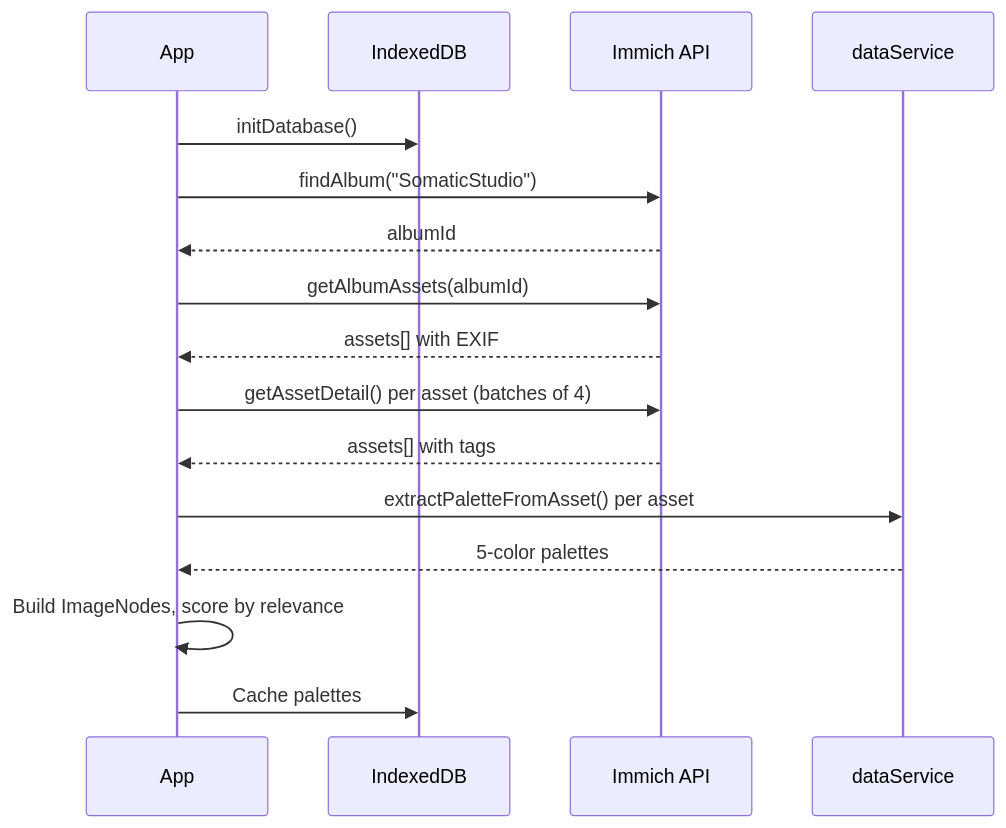
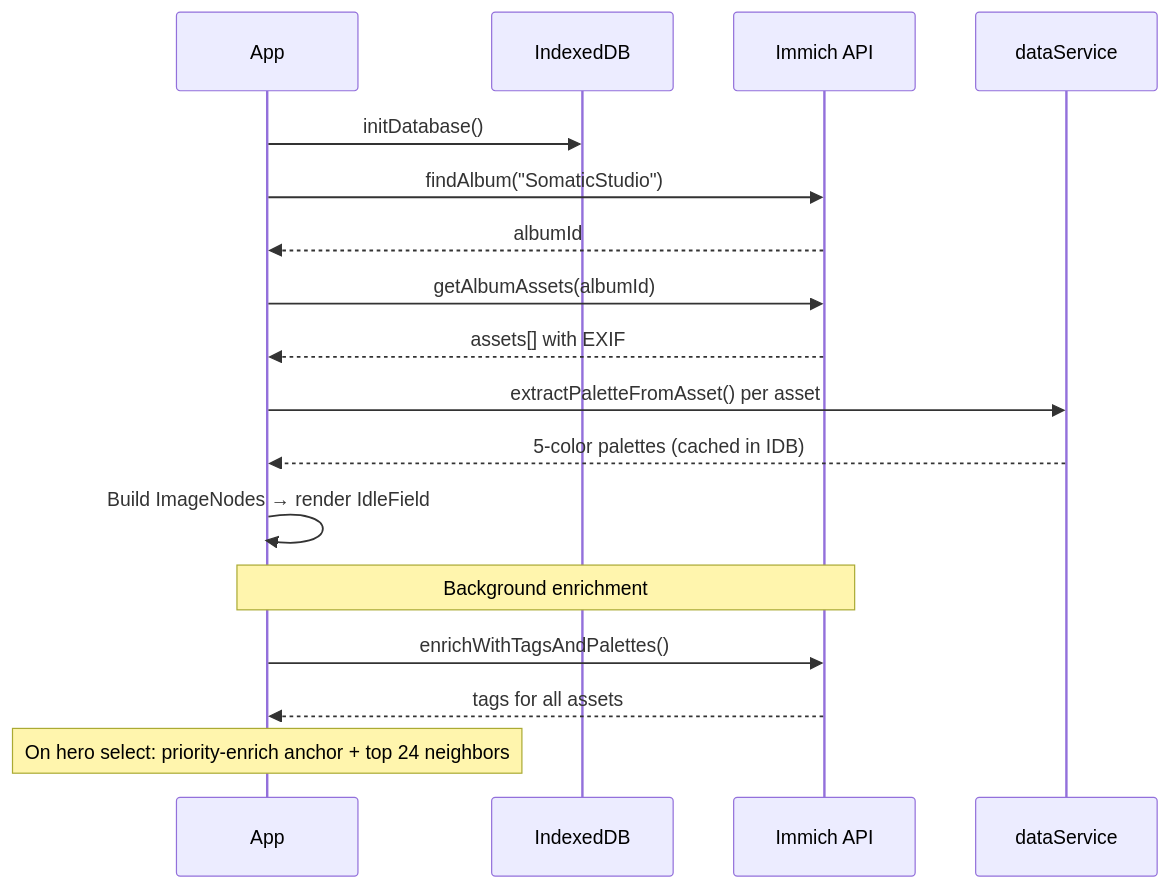
One commit to Ezalis/Somatic-Studio changed the diagram in README.md. Above: the diagram before and after it, drawn with Mermaid. The commit also changed other lines of this file, not shown here.

First line of the commit message:
docs: rewrite README for v1.0 flow-state architecture

````diff
--- a/README.md
+++ b/README.md
@@ -136,19 +90,20 @@
 ```mermaid
 sequenceDiagram
     participant App
     participant IDB as IndexedDB
     participant Immich as Immich API
     participant DS as dataService
 
     App->>IDB: initDatabase()
     App->>Immich: findAlbum("SomaticStudio")
     Immich-->>App: albumId
     App->>Immich: getAlbumAssets(albumId)
     Immich-->>App: assets[] with EXIF
-    App->>Immich: getAssetDetail() per asset (batches of 4)
-    Immich-->>App: assets[] with tags
     App->>DS: extractPaletteFromAsset() per asset
-    DS-->>App: 5-color palettes
-    App->>App: Build ImageNodes, score by relevance
-    App->>IDB: Cache palettes
+    DS-->>App: 5-color palettes (cached in IDB)
+    App->>App: Build ImageNodes → render IdleField
+    Note over App,Immich: Background enrichment
+    App->>Immich: enrichWithTagsAndPalettes()
+    Immich-->>App: tags for all assets
+    Note over App: On hero select: priority-enrich anchor + top 24 neighbors
 ```
````
